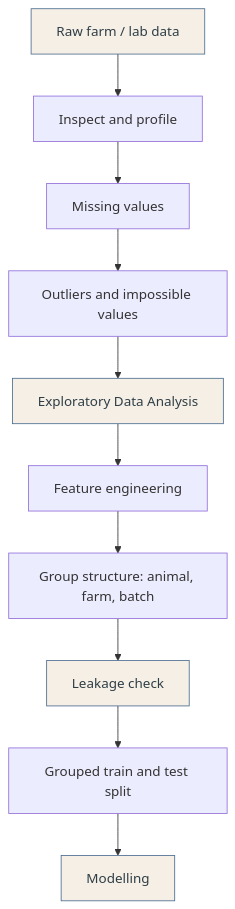
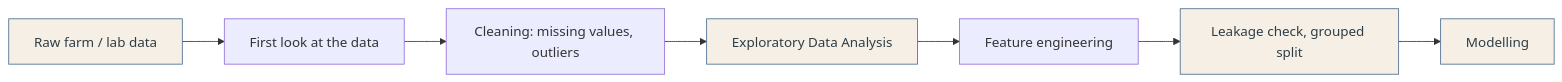
The diagram in README.md (raihan-patwary/raihan-patwary), drawn with Mermaid before and after one commit. The commit also changed other lines of this file, not shown here.

````diff
--- a/README.md
+++ b/README.md
@@ -30,17 +32,14 @@
 ```mermaid
-flowchart TD
-    A["Raw farm / lab data"] --> B["Inspect and profile"]
-    B --> C["Missing values"]
-    C --> D["Outliers and impossible values"]
-    D --> E["Exploratory Data Analysis"]
-    E --> F["Feature engineering"]
-    F --> G["Group structure: animal, farm, batch"]
-    G --> H["Leakage check"]
-    H --> I["Grouped train and test split"]
-    I --> J["Modelling"]
+flowchart LR
+    A["Raw farm / lab data"] --> B["First look at the data"]
+    B --> C["Cleaning: missing values, outliers"]
+    C --> D["Exploratory Data Analysis"]
+    D --> E["Feature engineering"]
+    E --> F["Leakage check, grouped split"]
+    F --> G["Modelling"]
 
     style A fill:#F5EFE6,stroke:#4C6E91,color:#2F3E46
-    style E fill:#F5EFE6,stroke:#4C6E91,color:#2F3E46
-    style H fill:#F5EFE6,stroke:#4C6E91,color:#2F3E46
-    style J fill:#F5EFE6,stroke:#4C6E91,color:#2F3E46
+    style D fill:#F5EFE6,stroke:#4C6E91,color:#2F3E46
+    style F fill:#F5EFE6,stroke:#4C6E91,color:#2F3E46
+    style G fill:#F5EFE6,stroke:#4C6E91,color:#2F3E46
 ```
````
